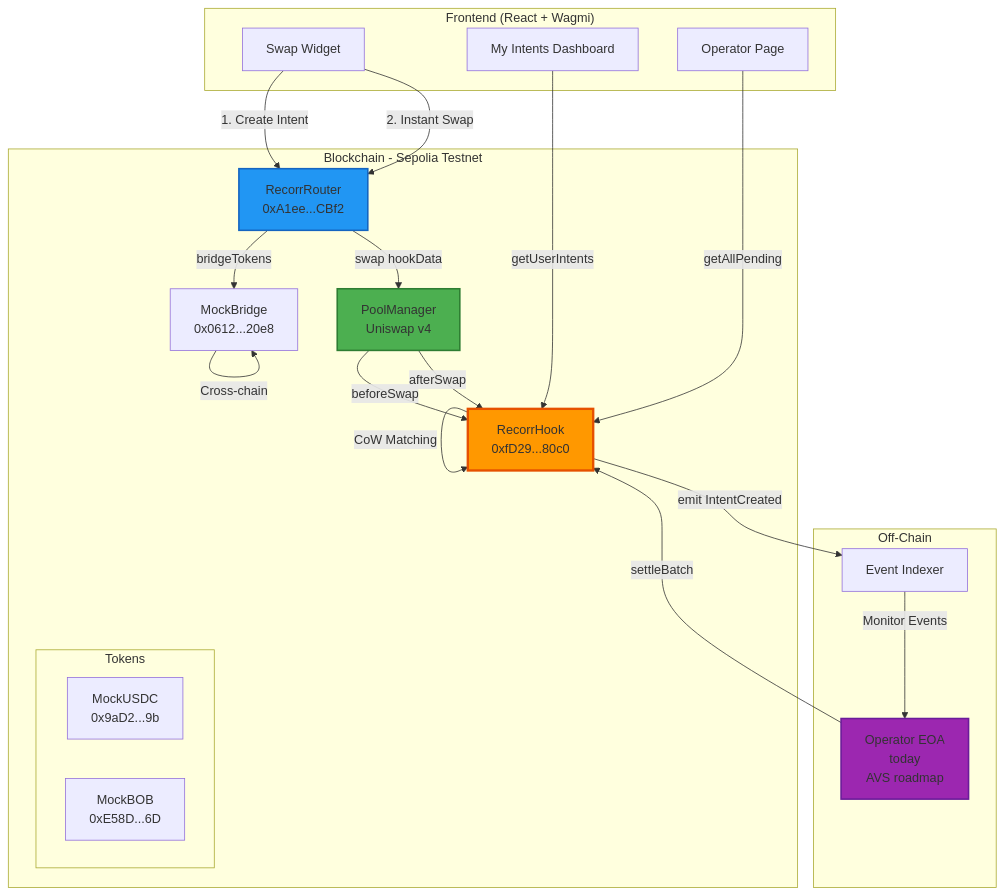
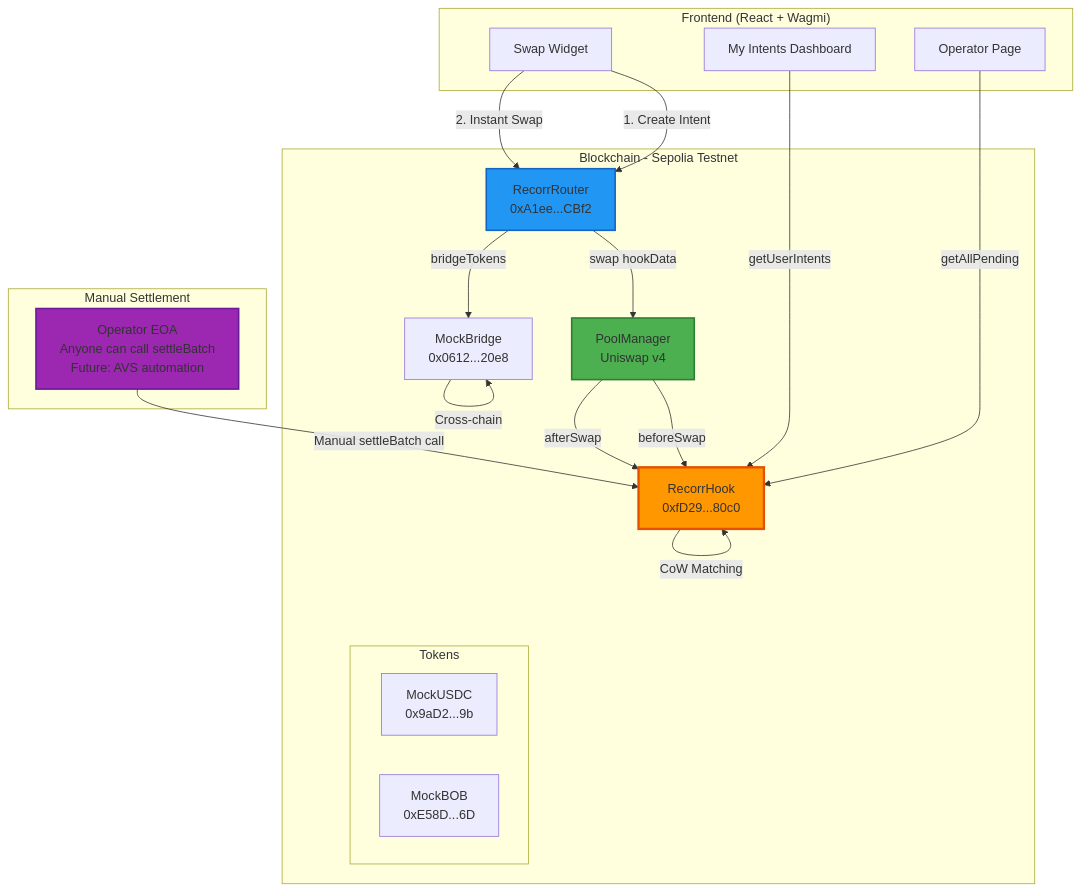
The first of 12 diagrams in DIAGRAMS_MERMAID.md (danelerr/recorr-hook), drawn with Mermaid before and after one commit.

Commit message:
update diagrams

````diff
--- a/DIAGRAMS_MERMAID.md
+++ b/DIAGRAMS_MERMAID.md
@@ -9,48 +9,46 @@
 ```mermaid
 graph TB
     subgraph "Frontend (React + Wagmi)"
         UI[Swap Widget]
         IntentsUI[My Intents Dashboard]
         OperatorUI[Operator Page]
     end
 
     subgraph "Blockchain - Sepolia Testnet"
         PM[PoolManager<br/>Uniswap v4]
         Hook[RecorrHook<br/>0xfD29...80c0]
         Router[RecorrRouter<br/>0xA1ee...CBf2]
         Bridge[MockBridge<br/>0x0612...20e8]
         
         subgraph "Tokens"
             USDC[MockUSDC<br/>0x9aD2...9b]
             BOB[MockBOB<br/>0xE58D...6D]
         end
     end
 
-    subgraph "Off-Chain"
-        Operator[Operator EOA<br/>today<br/>AVS roadmap]
-        Indexer[Event Indexer]
+    subgraph "Manual Settlement"
+        Operator[Operator EOA<br/>Anyone can call settleBatch<br/>Future: AVS automation]
     end
 
     UI -->|1. Create Intent| Router
     UI -->|2. Instant Swap| Router
     Router -->|swap hookData| PM
     PM -->|beforeSwap| Hook
     PM -->|afterSwap| Hook
     Hook -->|Store Intent| Hook
     
-    Hook -->|emit IntentCreated| Indexer
-    Indexer -->|Monitor Events| Operator
-    Operator -->|settleBatch| Hook
+    Hook -->|emit IntentCreated| Hook
+    Operator -->|Manual settleBatch call| Hook
     Hook -->|CoW Matching| Hook
     
     Router -->|bridgeTokens| Bridge
     Bridge -->|Cross-chain| Bridge
     
     IntentsUI -->|getUserIntents| Hook
     OperatorUI -->|getAllPending| Hook
     
     style Hook fill:#ff9800,stroke:#e65100,stroke-width:3px
     style Router fill:#2196f3,stroke:#1565c0,stroke-width:2px
     style PM fill:#4caf50,stroke:#2e7d32,stroke-width:2px
     style Operator fill:#9c27b0,stroke:#6a1b9a,stroke-width:2px
 ```
````
